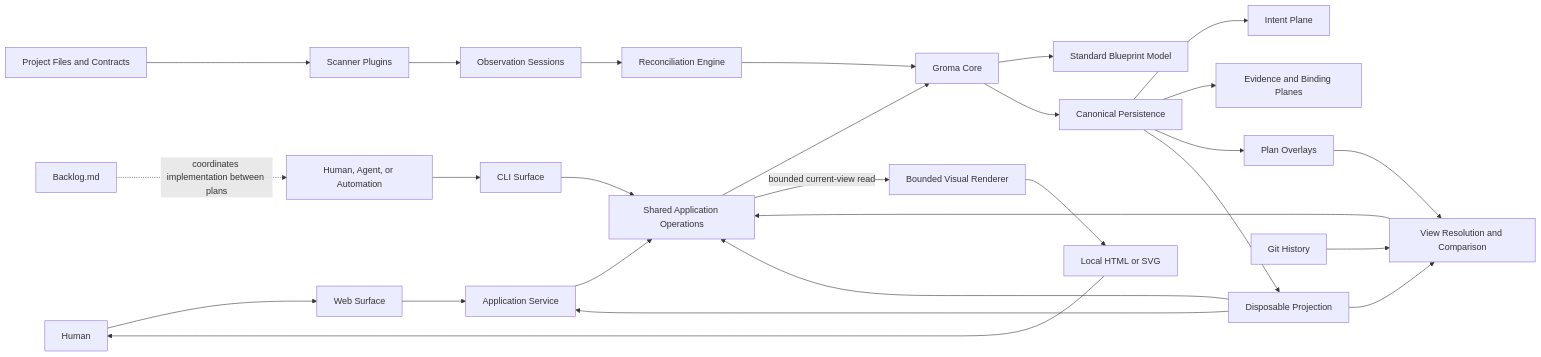
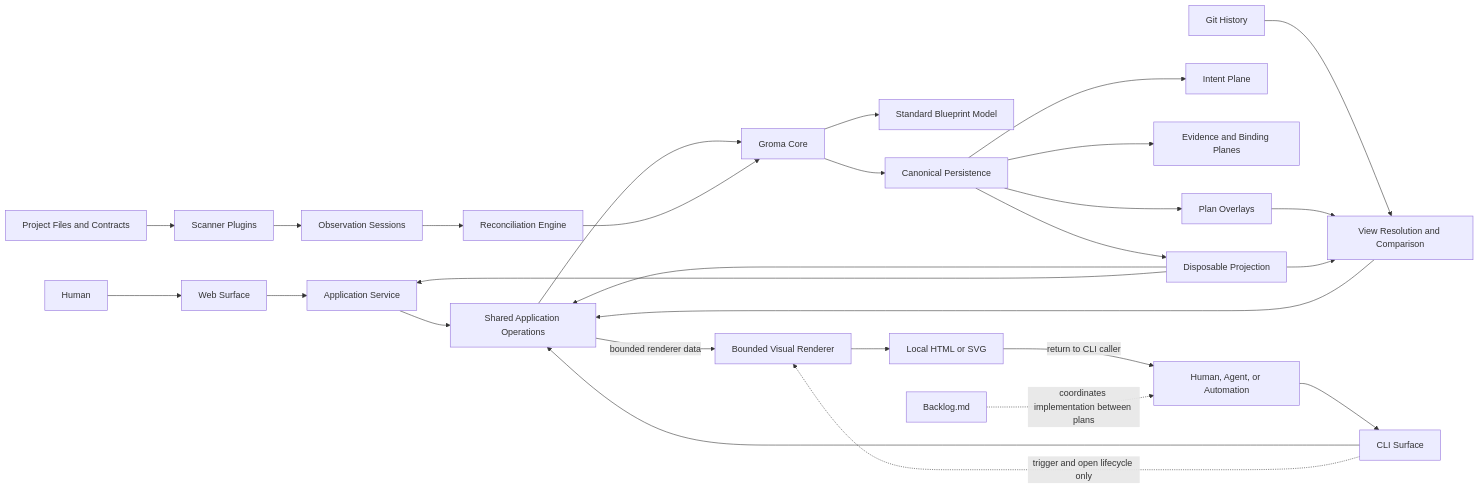
The first of 3 diagrams in ARCHITECTURE.md (MrLesk/Groma.md), drawn with Mermaid before and after one commit. The commit also changed other lines of this file and 9 other files, not shown here.

````diff
--- a/ARCHITECTURE.md
+++ b/ARCHITECTURE.md
@@ -151,36 +157,37 @@
 ```mermaid
 flowchart LR
     Human["Human"] --> Web["Web Surface"]
     Actor["Human, Agent, or Automation"] --> CLI["CLI Surface"]
 
     Web --> Service["Application Service"]
     CLI --> Operations["Shared Application Operations"]
     Service --> Operations
 
     Project["Project Files and Contracts"] --> Scanner["Scanner Plugins"]
     Scanner --> Sessions["Observation Sessions"]
     Sessions --> Reconciler["Reconciliation Engine"]
 
     Operations --> Core["Groma Core"]
     Reconciler --> Core
     Core --> Model["Standard Blueprint Model"]
 
     Core --> Store["Canonical Persistence"]
     Store --> Intent["Intent Plane"]
     Store --> Evidence["Evidence and Binding Planes"]
     Store --> Plans["Plan Overlays"]
     Store --> Index["Disposable Projection"]
 
     Index --> Operations
     Index --> Service
-    Operations -->|"bounded current-view read"| Renderer["Bounded Visual Renderer"]
+    Operations -->|"bounded renderer data"| Renderer["Bounded Visual Renderer"]
+    CLI -. "trigger and open lifecycle only" .-> Renderer
     Renderer --> Artifact["Local HTML or SVG"]
-    Artifact --> Human
+    Artifact -->|"return to CLI caller"| Actor
 
     Git["Git History"] --> Views["View Resolution and Comparison"]
     Plans --> Views
     Index --> Views
     Views --> Operations
 
     Backlog["Backlog.md"] -. "coordinates implementation between plans" .-> Actor
 ```
````
